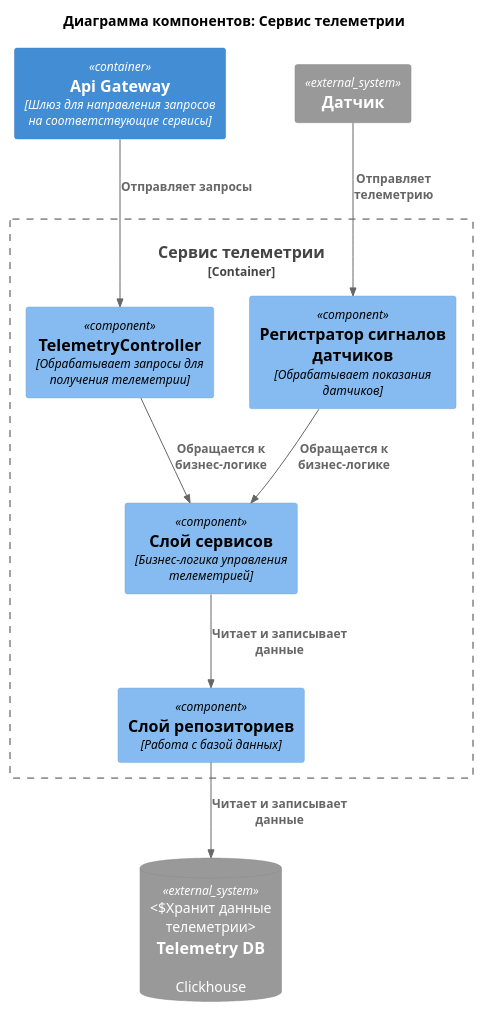
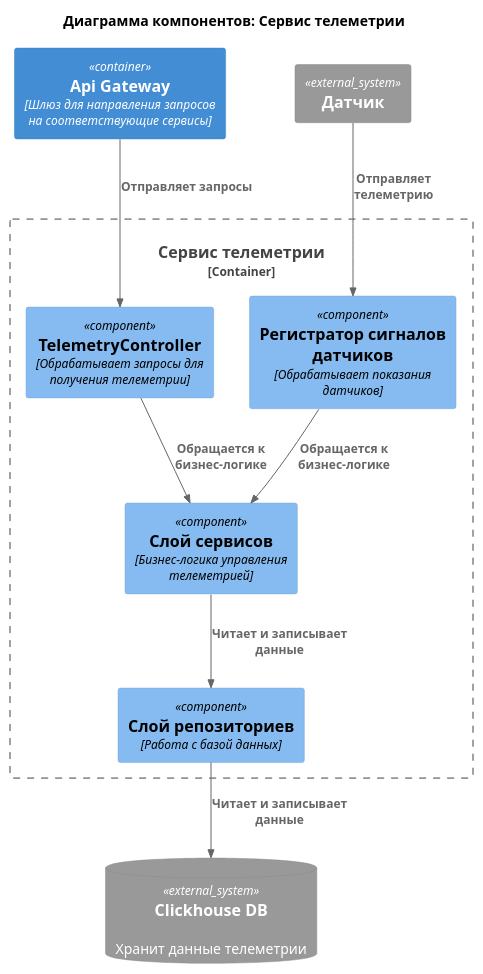
The diagram in diagrams/ToBe_Component_4.puml (knautilus/architecture-warmhouse), drawn with PlantUML before and after one commit. The commit also changed 14 other files, not shown here.

```diff
--- a/diagrams/ToBe_Component_4.puml
+++ b/diagrams/ToBe_Component_4.puml
@@ -1,26 +1,26 @@
 @startuml
 
 title Диаграмма компонентов: Сервис телеметрии
 
 !include https://raw.githubusercontent.com/plantuml-stdlib/C4-PlantUML/master/C4_Component.puml
 
 Container(ApiGateway, "Api Gateway", "Шлюз для направления запросов на соответствующие сервисы")
 
 System_Ext(Sensor, "Датчик")
-SystemDb_Ext(TelemetryDb, "Telemetry DB", "Clickhouse", "Хранит данные телеметрии")
+SystemDb_Ext(TelemetryDb, "Clickhouse DB", "Хранит данные телеметрии")
 
 Container_Boundary(TelemetryService, "Сервис телеметрии") {
     Component(TelemetryController, "TelemetryController", "Обрабатывает запросы для получения телеметрии")
     Component(SignalRegistrator, "Регистратор сигналов датчиков", "Обрабатывает показания датчиков")
     Component(ServiceLayer, "Слой сервисов", "Бизнес-логика управления телеметрией")
     Component(RepositoryLayer, "Слой репозиториев", "Работа с базой данных")
 }
 
 Rel(ApiGateway, TelemetryController, "Отправляет запросы")
 Rel(Sensor, SignalRegistrator, "Отправляет телеметрию")
 Rel(SignalRegistrator, ServiceLayer, "Обращается к бизнес-логике")
 Rel(TelemetryController, ServiceLayer, "Обращается к бизнес-логике")
 Rel(ServiceLayer, RepositoryLayer, "Читает и записывает данные")
 Rel(RepositoryLayer, TelemetryDb, "Читает и записывает данные")
 
 @enduml
```
